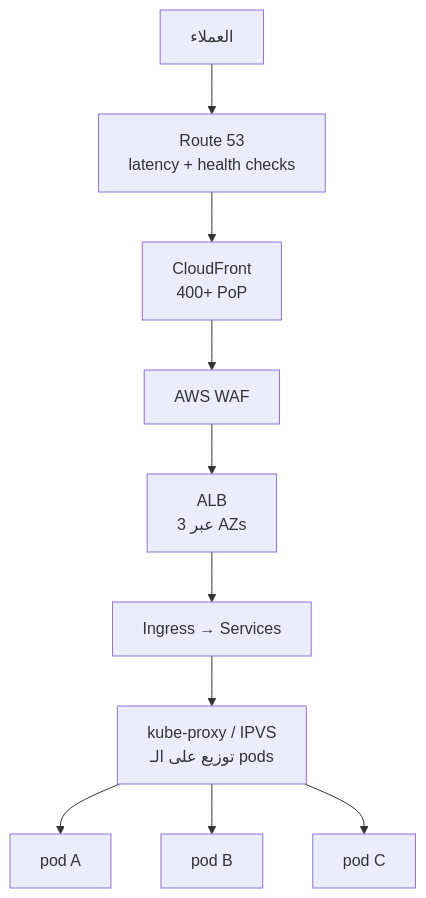
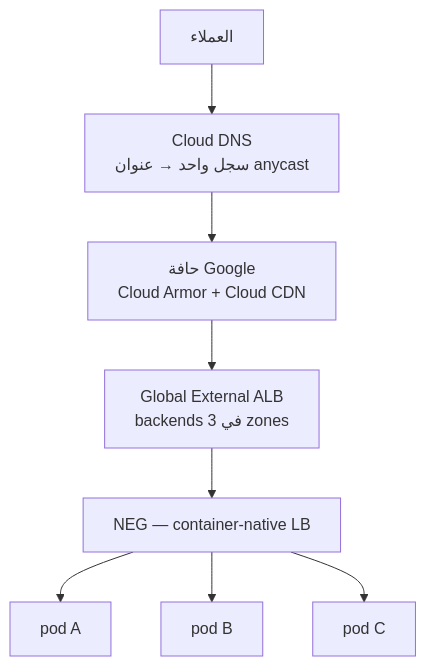
The first of 2 diagrams in docs/04-scalability.md (ahmedselimmansor-ctrl/ecomerce-microservices), drawn with Mermaid before and after one commit. The commit also changed other lines of this file and 85 other files, not shown here.

First line of the commit message:
migrate: من AWS إلى Google Cloud، وREADME بمخططات المعمارية والبيانات

````diff
--- a/docs/04-scalability.md
+++ b/docs/04-scalability.md
@@ -18,10 +18,8 @@
 ```mermaid
 flowchart TB
-    C["العملاء"] --> R53["Route 53<br/>latency + health checks"]
-    R53 --> CF["CloudFront<br/>400+ PoP"]
-    CF --> WAF["AWS WAF"]
-    WAF --> ALB["ALB<br/>عبر 3 AZs"]
-    ALB --> ING["Ingress → Services"]
-    ING --> K["kube-proxy / IPVS<br/>توزيع على الـ pods"]
-    K --> P1["pod A"] & P2["pod B"] & P3["pod C"]
+    C["العملاء"] --> DNS["Cloud DNS<br/>سجل واحد → عنوان anycast"]
+    DNS --> GFE["حافة Google<br/>Cloud Armor + Cloud CDN"]
+    GFE --> LB["Global External ALB<br/>backends في 3 zones"]
+    LB --> NEG["NEG — container-native LB"]
+    NEG --> P1["pod A"] & P2["pod B"] & P3["pod C"]
 ```
````
